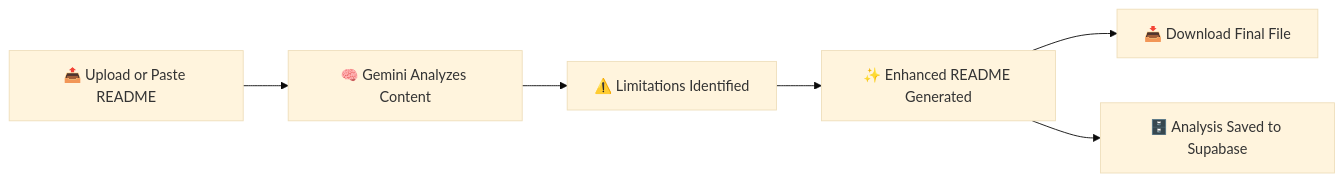
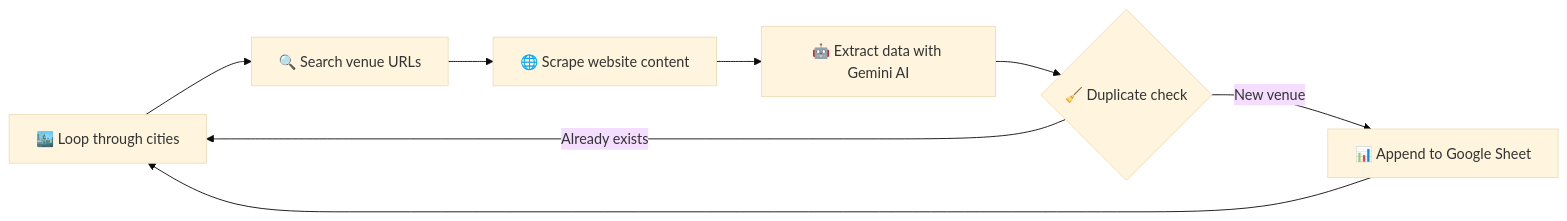
Before and after one commit to AbdulAzeemHashmi/pakistan-event-venue-lead-generator: the diagram in README.md, drawn with Mermaid (base theme). The commit also changed other lines of this file and 1 other file, not shown here.

````diff
--- a/README.md
+++ b/README.md
@@ -204,8 +202,10 @@
 ```mermaid
 flowchart LR
-    A[📤 Upload or Paste README] --> B[🧠 Gemini Analyzes Content]
-    B --> C[⚠️ Limitations Identified]
-    C --> D[✨ Enhanced README Generated]
-    D --> E[📥 Download Final File]
-    D --> F[🗄️ Analysis Saved to Supabase]
+    A[🏙️ Loop through cities] --> B[🔍 Search venue URLs]
+    B --> C[🌐 Scrape website content]
+    C --> D[🤖 Extract data with Gemini AI]
+    D --> E{🧹 Duplicate check}
+    E -- New venue --> F[📊 Append to Google Sheet]
+    E -- Already exists --> A
+    F --> A
 ```
````
